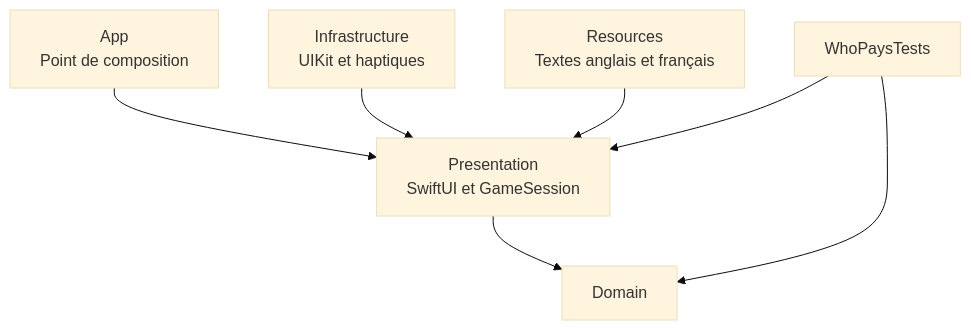
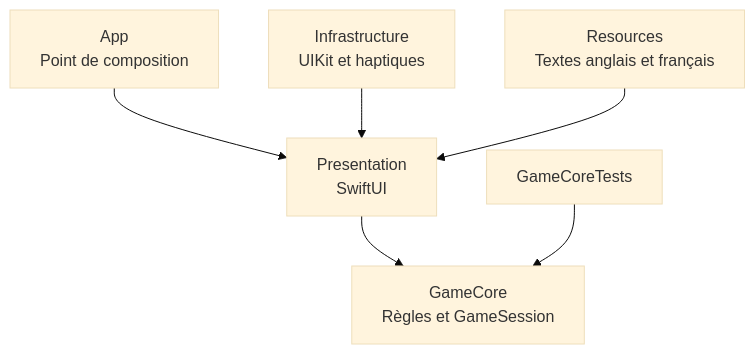
Before and after one commit to thlaure/WhoPays: the first of 3 diagrams in docs/tuto.md, drawn with Mermaid (base theme). The commit also changed other lines of this file and 18 other files, not shown here.

````diff
--- a/docs/tuto.md
+++ b/docs/tuto.md
@@ -32,9 +34,9 @@
 ```mermaid
 flowchart TD
     App[App<br/>Point de composition] --> Presentation
-    Presentation[Presentation<br/>SwiftUI et GameSession] --> Domain
+    Presentation[Presentation<br/>SwiftUI] --> Core
+    Core[GameCore<br/>Règles et GameSession]
     Infrastructure[Infrastructure<br/>UIKit et haptiques] --> Presentation
     Resources[Resources<br/>Textes anglais et français] --> Presentation
-    Tests[WhoPaysTests] --> Domain
-    Tests --> Presentation
+    Tests[GameCoreTests] --> Core
 ```
````
